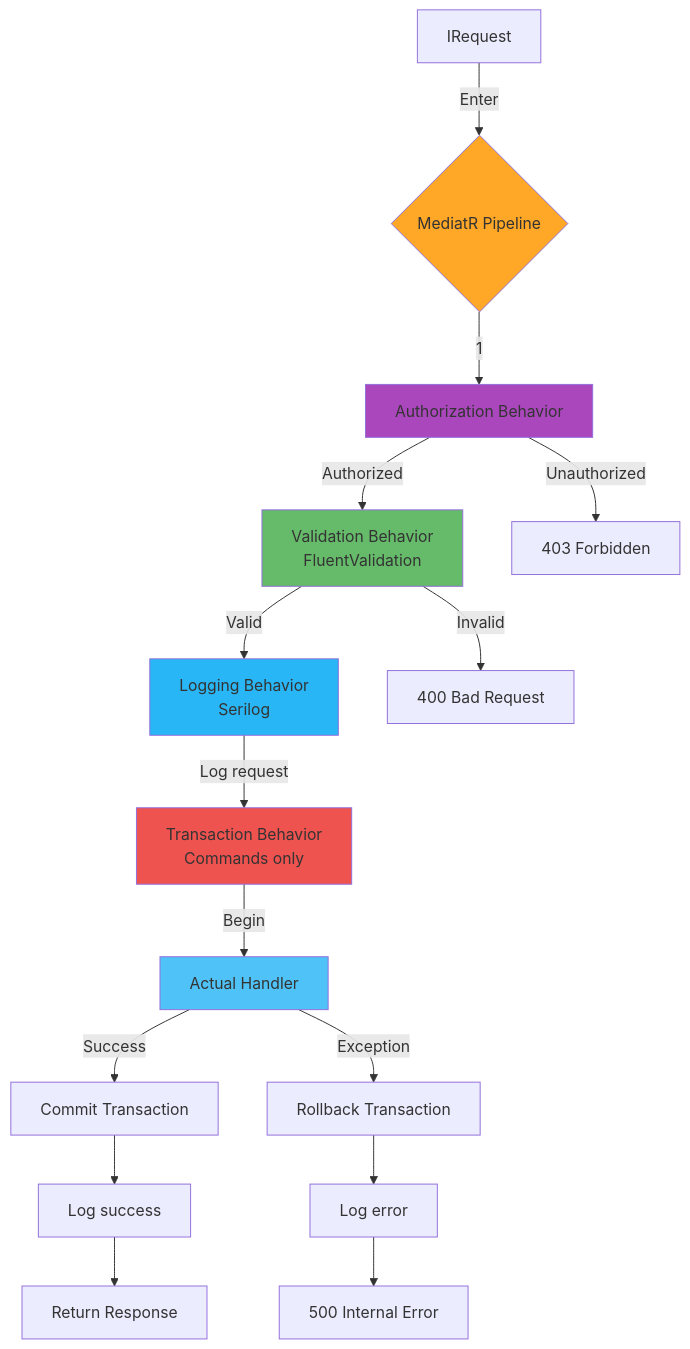
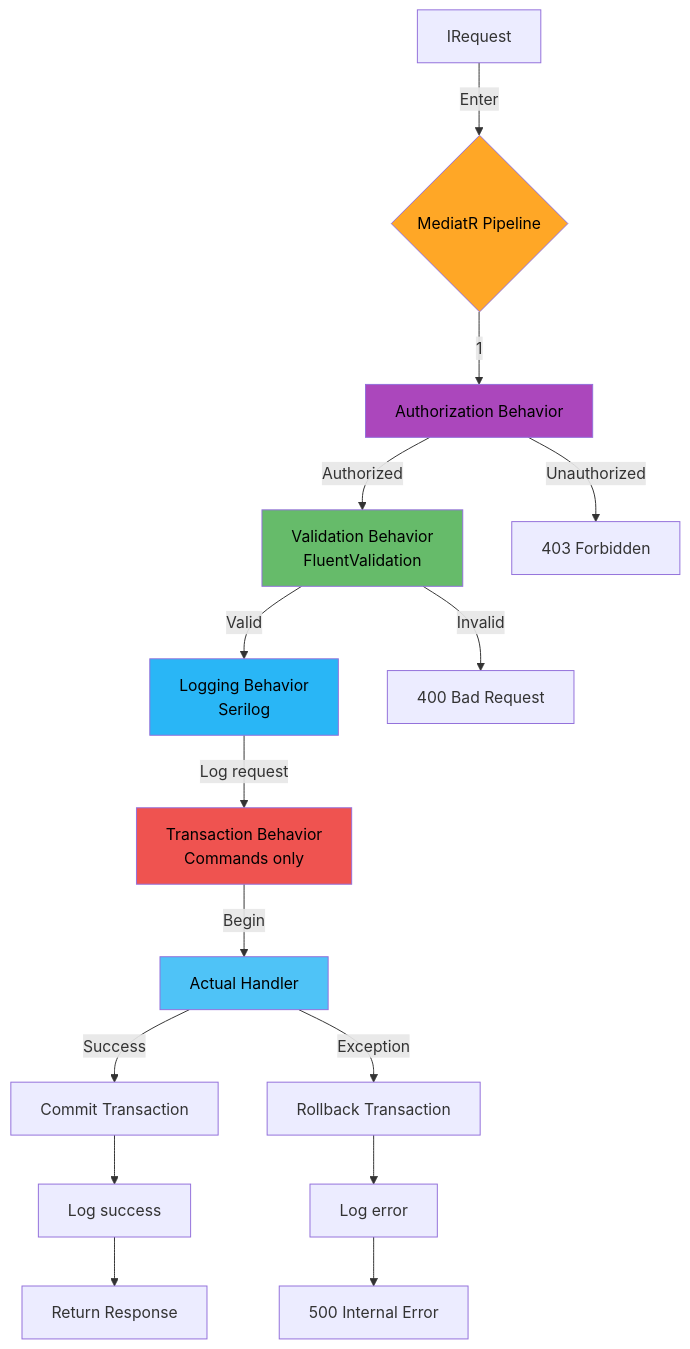
Before and after one commit to meepleAi-app/meepleai-monorepo: the sixth of 8 diagrams in docs/01-architecture/diagrams/cqrs-mediatr-flow.md, drawn with Mermaid. The commit also changed other lines of this file and 4 other files, not shown here.

First line of the commit message:
docs: Aggiunto testo nero a tutti i diagrammi Mermaid

````diff
--- a/docs/01-architecture/diagrams/cqrs-mediatr-flow.md
+++ b/docs/01-architecture/diagrams/cqrs-mediatr-flow.md
@@ -266,31 +266,31 @@
 ```mermaid
 graph TB
     Request[IRequest] -->|Enter| Pipeline{MediatR Pipeline}
 
     Pipeline -->|1| Auth[Authorization Behavior]
     Auth -->|Authorized| Validation
     Auth -->|Unauthorized| Error1[403 Forbidden]
 
     Validation[Validation Behavior<br/>FluentValidation] -->|Valid| Logging
     Validation -->|Invalid| Error2[400 Bad Request]
 
     Logging[Logging Behavior<br/>Serilog] -->|Log request| Transaction
 
     Transaction[Transaction Behavior<br/>Commands only] -->|Begin| Handler[Actual Handler]
 
     Handler -->|Success| Commit[Commit Transaction]
     Handler -->|Exception| Rollback[Rollback Transaction]
 
     Commit --> LogSuccess[Log success]
     Rollback --> LogError[Log error]
 
     LogSuccess --> Response[Return Response]
     LogError --> Error3[500 Internal Error]
 
-    style Pipeline fill:#ffa726
-    style Auth fill:#ab47bc
-    style Validation fill:#66bb6a
-    style Logging fill:#29b6f6
-    style Transaction fill:#ef5350
-    style Handler fill:#4fc3f7
+    style Pipeline fill:#ffa726,color:#000
+    style Auth fill:#ab47bc,color:#000
+    style Validation fill:#66bb6a,color:#000
+    style Logging fill:#29b6f6,color:#000
+    style Transaction fill:#ef5350,color:#000
+    style Handler fill:#4fc3f7,color:#000
 ```
````
